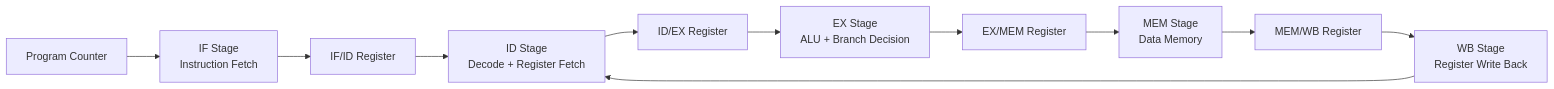
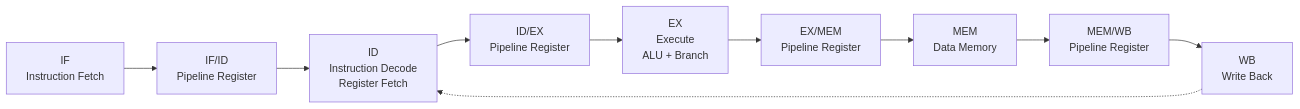
Before and after one commit to Maanas-Khatokar-N/Pipelined-RV32I-RISC-V-Processor: the first of 2 diagrams in README.md, drawn with Mermaid. The commit also changed other lines of this file, not shown here.

````diff
--- a/README.md
+++ b/README.md
@@ -49,13 +35,12 @@
 ```mermaid
 flowchart LR
-    PC[Program Counter] --> IF[IF Stage<br>Instruction Fetch]
-    IF --> IFID[IF/ID Register]
-    IFID --> ID[ID Stage<br>Decode + Register Fetch]
-    ID --> IDEX[ID/EX Register]
-    IDEX --> EX[EX Stage<br>ALU + Branch Decision]
-    EX --> EXMEM[EX/MEM Register]
-    EXMEM --> MEM[MEM Stage<br>Data Memory]
-    MEM --> MEMWB[MEM/WB Register]
-    MEMWB --> WB[WB Stage<br>Register Write Back]
-    WB --> ID
+    A[IF<br/>Instruction Fetch] --> B[IF/ID<br/>Pipeline Register]
+    B --> C[ID<br/>Instruction Decode<br/>Register Fetch]
+    C --> D[ID/EX<br/>Pipeline Register]
+    D --> E[EX<br/>Execute<br/>ALU + Branch]
+    E --> F[EX/MEM<br/>Pipeline Register]
+    F --> G[MEM<br/>Data Memory]
+    G --> H[MEM/WB<br/>Pipeline Register]
+    H --> I[WB<br/>Write Back]
+    I -.-> C
 ```
````
